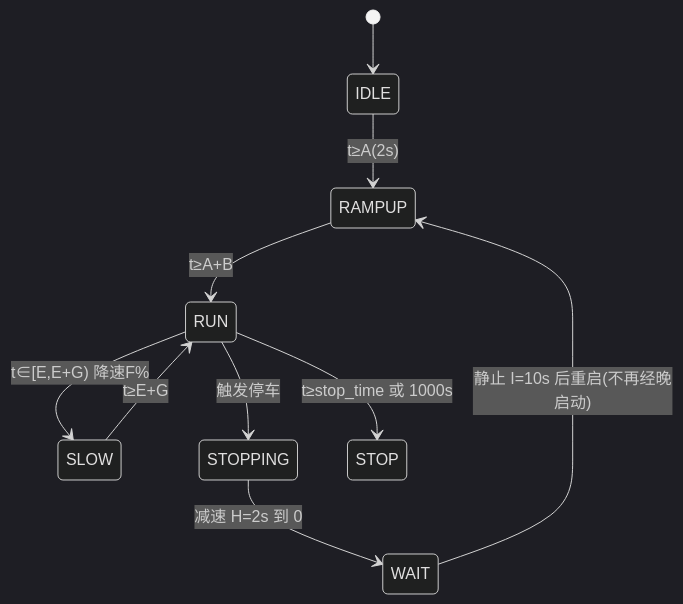
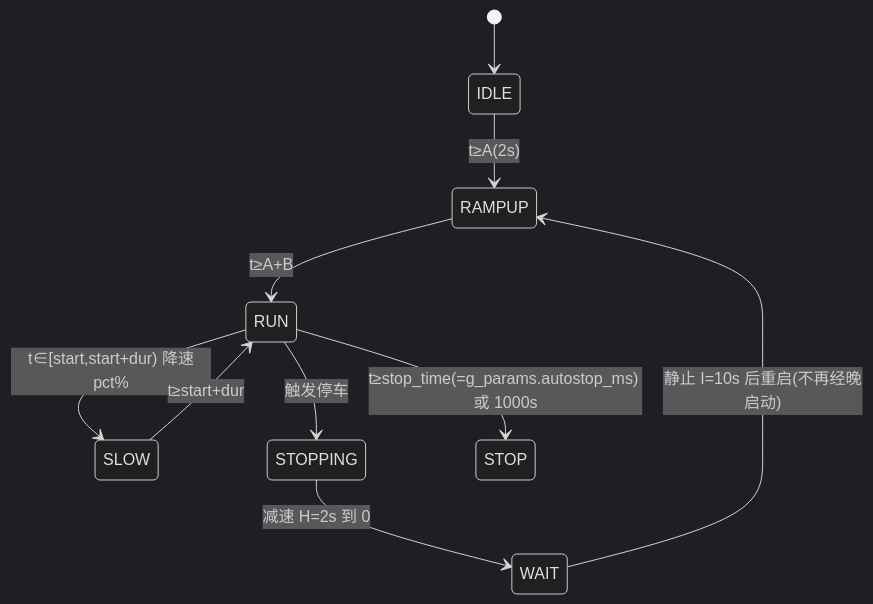
The fourth of 4 diagrams in docs/知识库/stm32_rfid_tts_baremetal/03_系统架构.md (KNedwin/stm32-esp32-ai-test-car), drawn with Mermaid (dark theme) before and after one commit. The commit also changed other lines of this file and 205 other files, not shown here.

````diff
--- a/docs/知识库/stm32_rfid_tts_baremetal/03_系统架构.md
+++ b/docs/知识库/stm32_rfid_tts_baremetal/03_系统架构.md
@@ -48,12 +60,12 @@
 ```mermaid
 stateDiagram-v2
     [*] --> IDLE
     IDLE --> RAMPUP: t≥A(2s)
     RAMPUP --> RUN: t≥A+B
-    RUN --> SLOW: t∈[E,E+G) 降速F%
-    SLOW --> RUN: t≥E+G
+    RUN --> SLOW: t∈[start,start+dur) 降速pct%
+    SLOW --> RUN: t≥start+dur
     RUN --> STOPPING: 触发停车
     STOPPING --> WAIT: 减速 H=2s 到 0
     WAIT --> RAMPUP: 静止 I=10s 后重启(不再经晚启动)
-    RUN --> STOP: t≥stop_time 或 1000s
+    RUN --> STOP: t≥stop_time(=g_params.autostop_ms) 或 1000s
 ```
````
